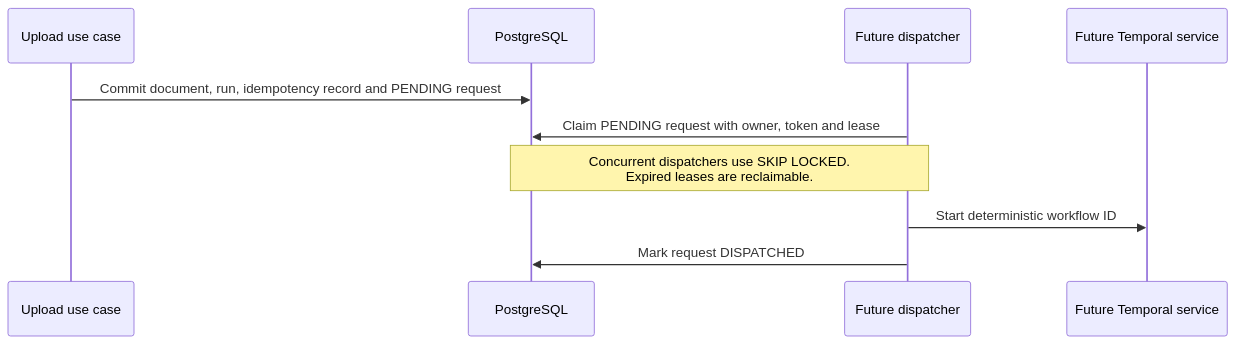
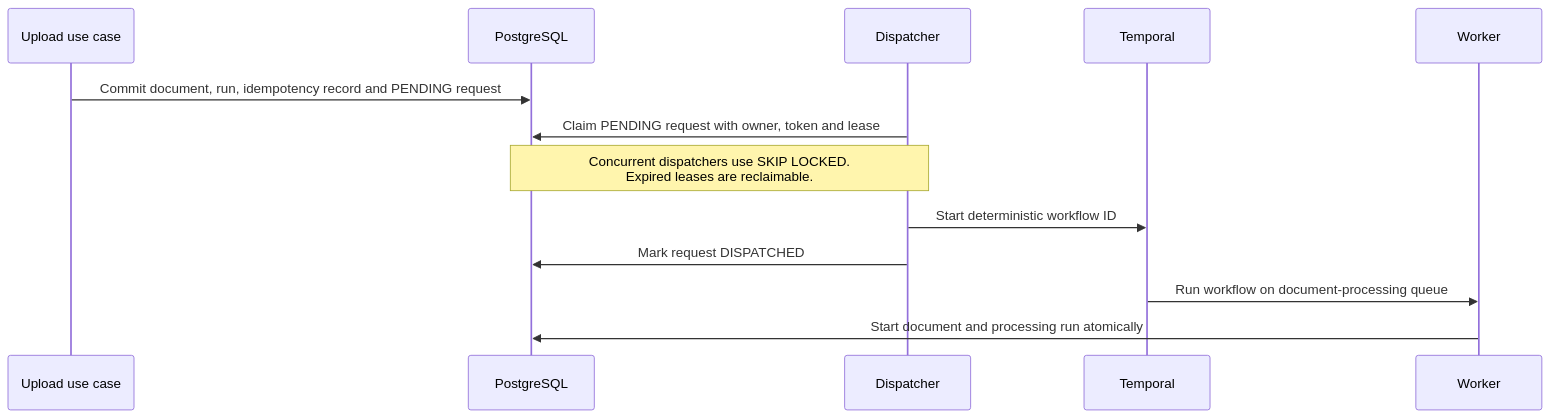
One commit to PietroRussoD/ai-document-processing-platform changed the third of 11 diagrams in docs/architecture.md. Above: the diagram before and after it, drawn with Mermaid. The commit also changed other lines of this file and 13 other files, not shown here.

Commit message:
✨ Add initial Temporal processing worker

````diff
--- a/docs/architecture.md
+++ b/docs/architecture.md
@@ -78,13 +78,16 @@
 ```mermaid
 sequenceDiagram
     participant API as Upload use case
     participant DB as PostgreSQL
-    participant Dispatcher as Future dispatcher
-    participant Temporal as Future Temporal service
+    participant Dispatcher
+    participant Temporal
+    participant Worker
 
     API->>DB: Commit document, run, idempotency record and PENDING request
     Dispatcher->>DB: Claim PENDING request with owner, token and lease
     Note over Dispatcher,DB: Concurrent dispatchers use SKIP LOCKED.<br/>Expired leases are reclaimable.
     Dispatcher->>Temporal: Start deterministic workflow ID
     Dispatcher->>DB: Mark request DISPATCHED
+    Temporal->>Worker: Run workflow on document-processing queue
+    Worker->>DB: Start document and processing run atomically
 ```
````
